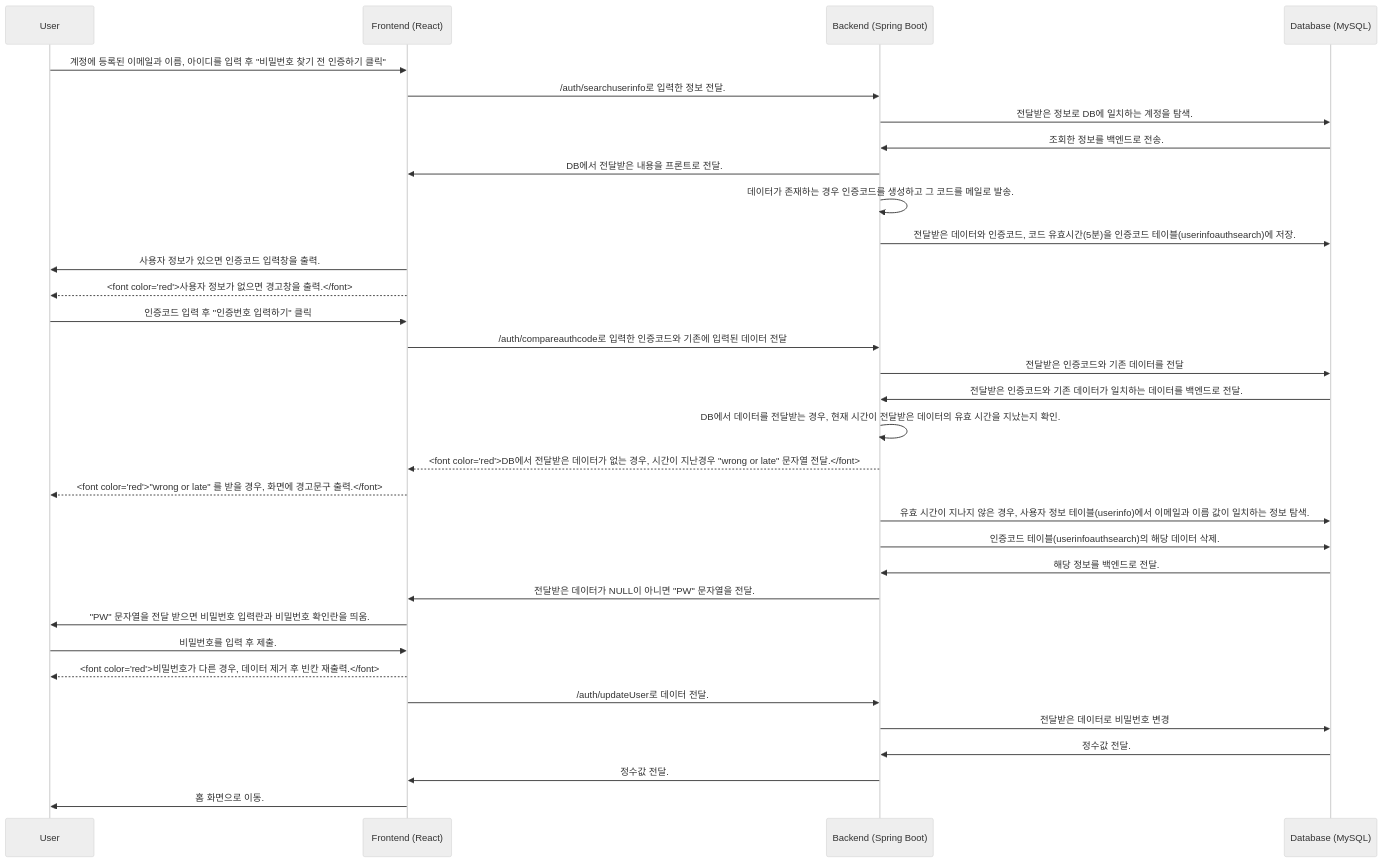
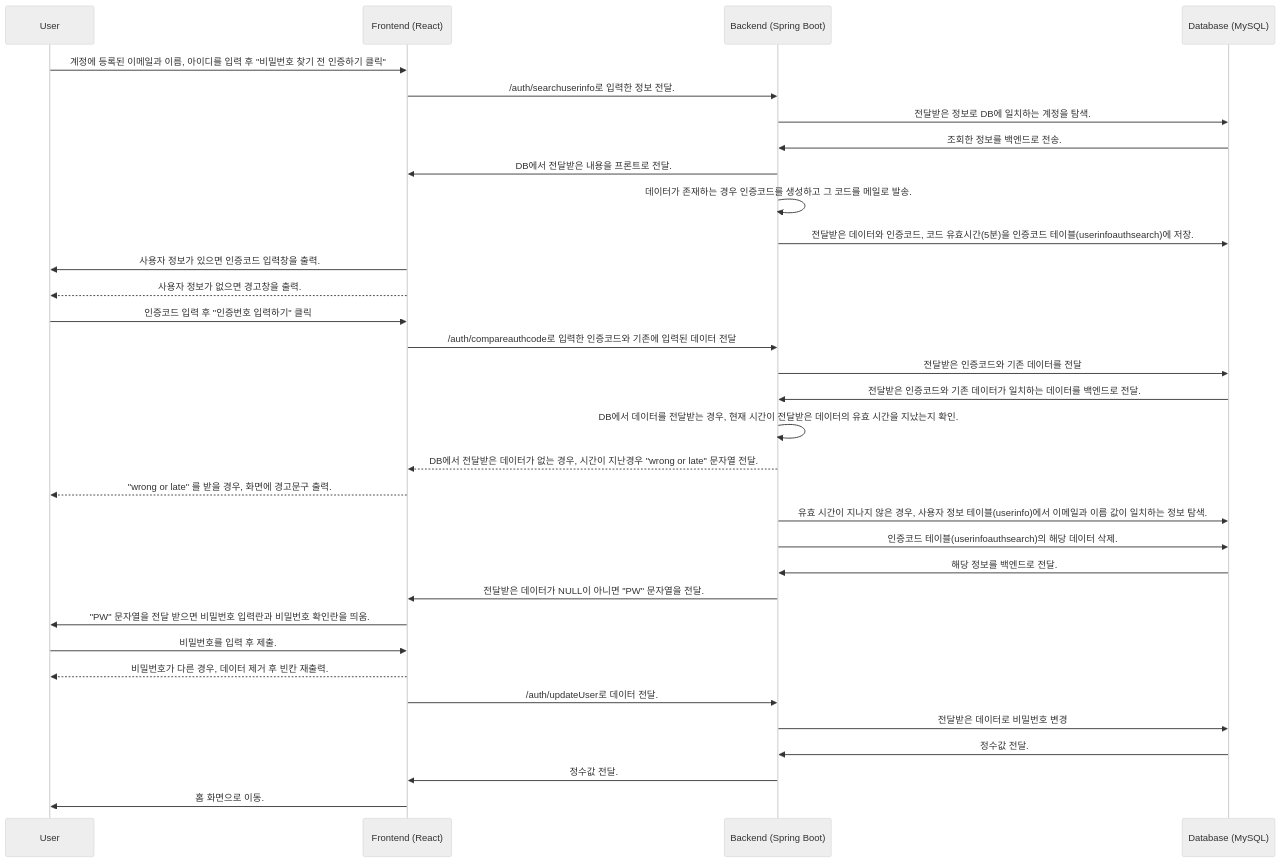
One commit to SUNGJISUCK95/teamproject changed the fourth of 5 diagrams in bicycle-app/frontend/Auth.md. Above: the diagram before and after it, drawn with Mermaid (neutral theme). The commit also changed other lines of this file, not shown here.

````diff
--- a/bicycle-app/frontend/Auth.md
+++ b/bicycle-app/frontend/Auth.md
@@ -75,36 +75,36 @@
 ```mermaid
 sequenceDiagram
     participant User
     participant Frontend as Frontend (React)
     participant Backend as Backend (Spring Boot)
     participant DB as Database (MySQL)
 %% 3-2. 비밀번호 변경하기
     User->>Frontend: 계정에 등록된 이메일과 이름, 아이디를 입력 후 "비밀번호 찾기 전 인증하기 클릭"
     Frontend->>Backend: /auth/searchuserinfo로 입력한 정보 전달.
     Backend->>DB: 전달받은 정보로 DB에 일치하는 계정을 탐색.
     DB->>Backend: 조회한 정보를 백엔드로 전송.
     Backend->>Frontend: DB에서 전달받은 내용을 프론트로 전달.
     Backend->>Backend: 데이터가 존재하는 경우 인증코드를 생성하고 그 코드를 메일로 발송.
     Backend->>DB: 전달받은 데이터와 인증코드, 코드 유효시간(5분)을 인증코드 테이블(userinfoauthsearch)에 저장. 
     Frontend->>User : 사용자 정보가 있으면 인증코드 입력창을 출력.
-    Frontend-->>User : <font color="red">사용자 정보가 없으면 경고창을 출력.</font>
+    Frontend-->>User : 사용자 정보가 없으면 경고창을 출력.
     User->>Frontend: 인증코드 입력 후 "인증번호 입력하기" 클릭
     Frontend->>Backend: /auth/compareauthcode로 입력한 인증코드와 기존에 입력된 데이터 전달
     Backend->>DB: 전달받은 인증코드와 기존 데이터를 전달
     DB->>Backend : 전달받은 인증코드와 기존 데이터가 일치하는 데이터를 백엔드로 전달.
     Backend->>Backend: DB에서 데이터를 전달받는 경우, 현재 시간이 전달받은 데이터의 유효 시간을 지났는지 확인.
-    Backend-->>Frontend: <font color="red">DB에서 전달받은 데이터가 없는 경우, 시간이 지난경우 "wrong or late" 문자열 전달.</font>
-    Frontend-->>User: <font color="red">"wrong or late" 를 받을 경우, 화면에 경고문구 출력.</font>
+    Backend-->>Frontend: DB에서 전달받은 데이터가 없는 경우, 시간이 지난경우 "wrong or late" 문자열 전달.
+    Frontend-->>User: "wrong or late" 를 받을 경우, 화면에 경고문구 출력.
     Backend->>DB:유효 시간이 지나지 않은 경우, 사용자 정보 테이블(userinfo)에서 이메일과 이름 값이 일치하는 정보 탐색.
     Backend->>DB:인증코드 테이블(userinfoauthsearch)의 해당 데이터 삭제.
     DB->>Backend : 해당 정보를 백엔드로 전달.
     Backend->>Frontend: 전달받은 데이터가 NULL이 아니면 "PW" 문자열을 전달.
     Frontend->>User: "PW" 문자열을 전달 받으면 비밀번호 입력란과 비밀번호 확인란을 띄움.
     User->>Frontend: 비밀번호를 입력 후 제출.
-    Frontend-->>User: <font color="red">비밀번호가 다른 경우, 데이터 제거 후 빈칸 재출력.</font>
+    Frontend-->>User: 비밀번호가 다른 경우, 데이터 제거 후 빈칸 재출력.
     Frontend->>Backend: /auth/updateUser로 데이터 전달.
     Backend->>DB : 전달받은 데이터로 비밀번호 변경
     DB->>Backend : 정수값 전달.
     Backend->>Frontend : 정수값 전달.
     Frontend->>User: 홈 화면으로 이동.
 ```
````
